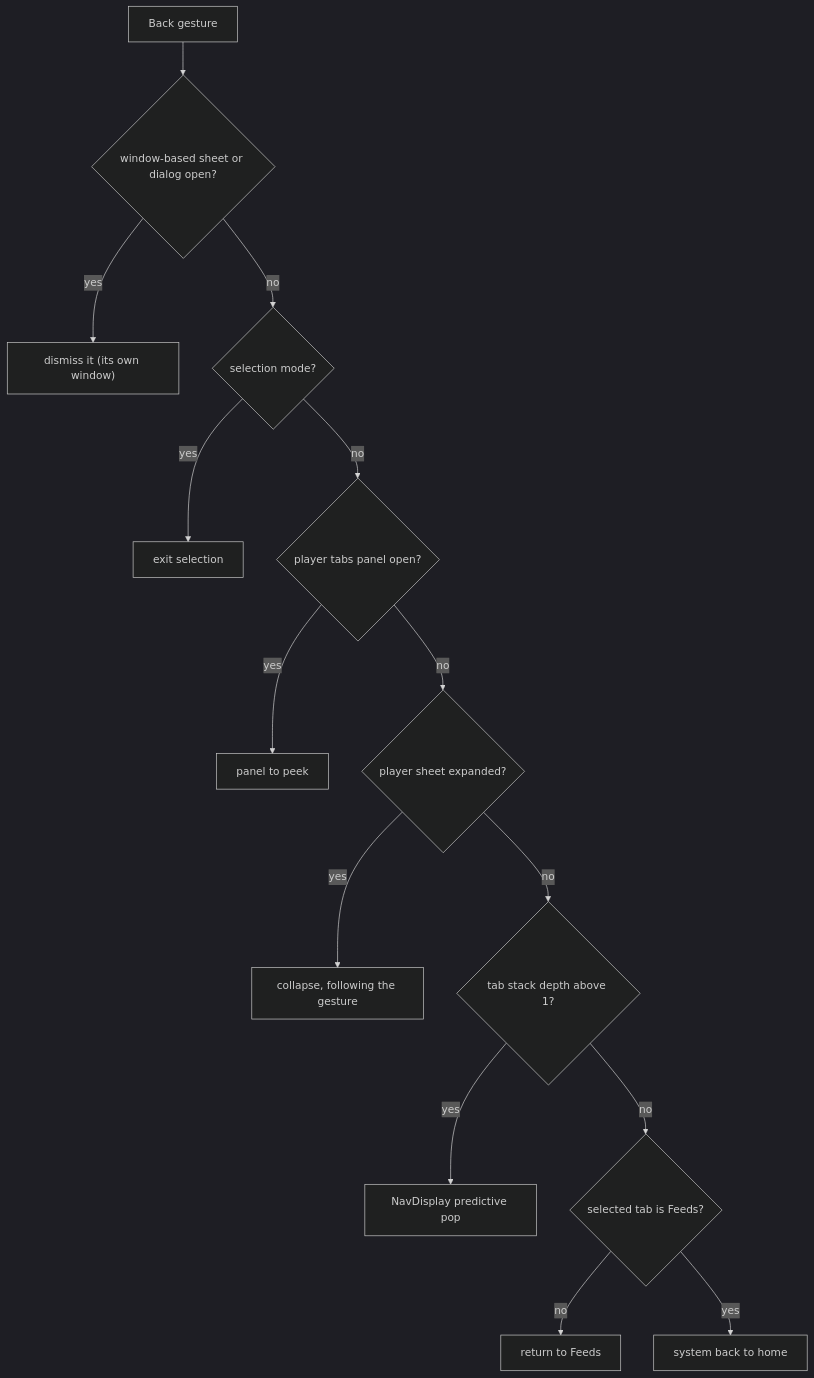
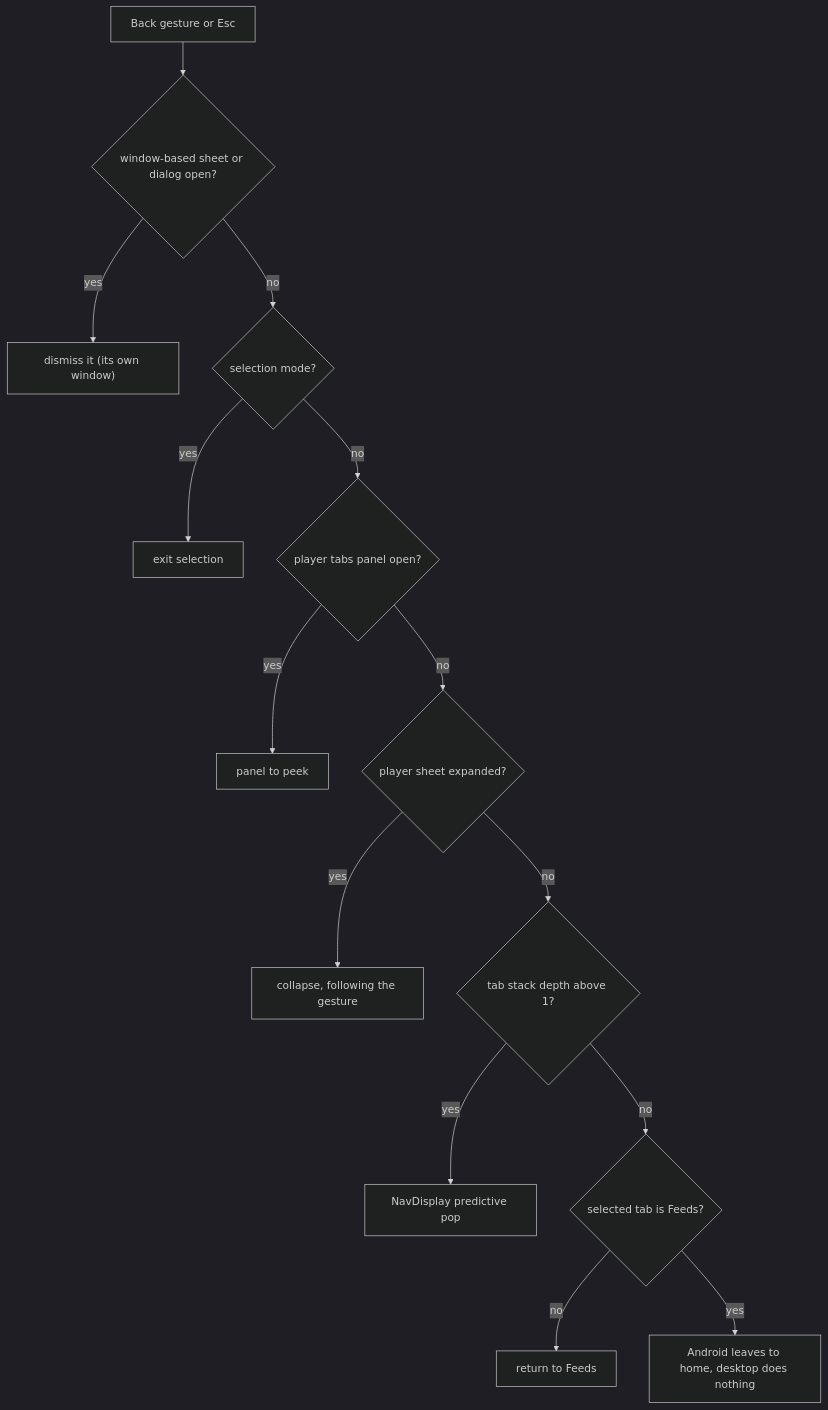
The second of 6 diagrams in docs/design/08-ui-ux.md (BigBoyDevBox/Neutrodyne), drawn with Mermaid (dark theme) before and after one commit. The commit also changed other lines of this file and 2 other files, not shown here.

````diff
--- a/docs/design/08-ui-ux.md
+++ b/docs/design/08-ui-ux.md
@@ -237,16 +335,16 @@
 ```mermaid
 flowchart TD
-  B["Back gesture"] --> W{"window-based sheet or dialog open?"}
+  B["Back gesture or Esc"] --> W{"window-based sheet or dialog open?"}
   W -->|yes| W1["dismiss it (its own window)"]
   W -->|no| S{"selection mode?"}
   S -->|yes| S1["exit selection"]
   S -->|no| T{"player tabs panel open?"}
   T -->|yes| T1["panel to peek"]
   T -->|no| P{"player sheet expanded?"}
   P -->|yes| P1["collapse, following the gesture"]
   P -->|no| N{"tab stack depth above 1?"}
   N -->|yes| N1["NavDisplay predictive pop"]
   N -->|no| R{"selected tab is Feeds?"}
   R -->|no| R1["return to Feeds"]
-  R -->|yes| H["system back to home"]
+  R -->|yes| H["Android leaves to home, desktop does nothing"]
 ```
````
